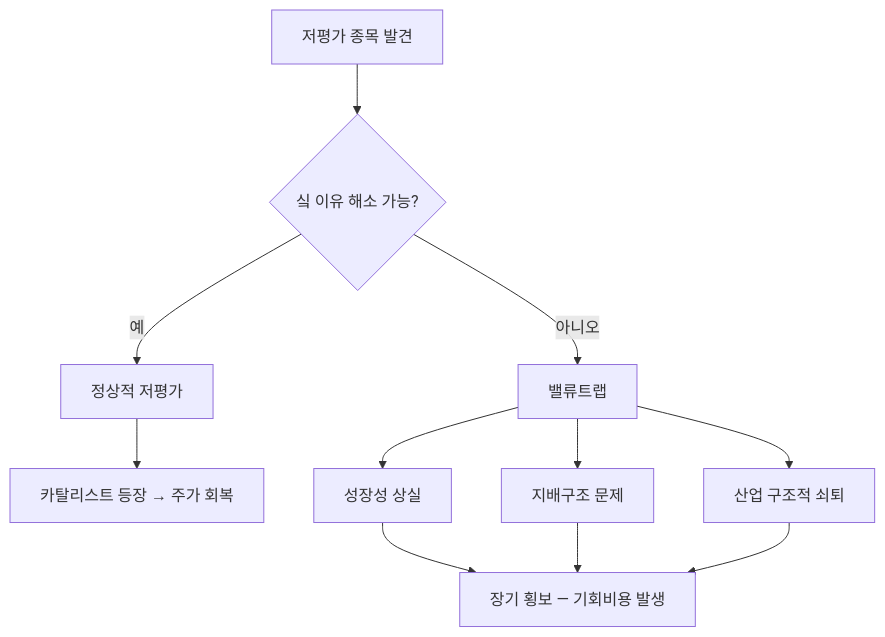
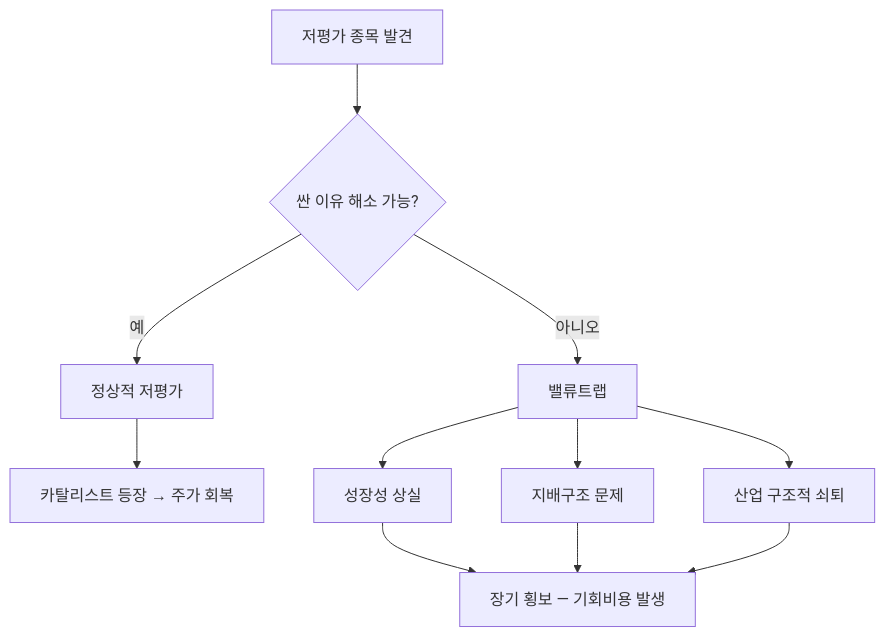
The diagram in content/stock-terms/ko/level-10-company-analysis/value-trap.md (yeongseon/stock-visual-note), drawn with Mermaid before and after one commit. The commit also changed 7 other files, not shown here.

Commit message:
Fix Oracle #9 issues: neutral tone, Mermaid typo, https link, updated templates/README, pytest config

````diff
--- a/content/stock-terms/ko/level-10-company-analysis/value-trap.md
+++ b/content/stock-terms/ko/level-10-company-analysis/value-trap.md
@@ -42,14 +42,14 @@
 ```mermaid
 graph TD
     A["저평가 종목 발견"]
-    A --> B{"싴 이유 해소 가능?"}
+    A --> B{"싼 이유 해소 가능?"}
     B -->|"예"| C["정상적 저평가"]
     B -->|"아니오"| D["밸류트랩"]
     C --> C1["카탈리스트 등장 → 주가 회복"]
     D --> D1["성장성 상실"]
     D --> D2["지배구조 문제"]
     D --> D3["산업 구조적 쇠퇴"]
     D1 --> E["장기 횡보 — 기회비용 발생"]
     D2 --> E
     D3 --> E
 ```
````
